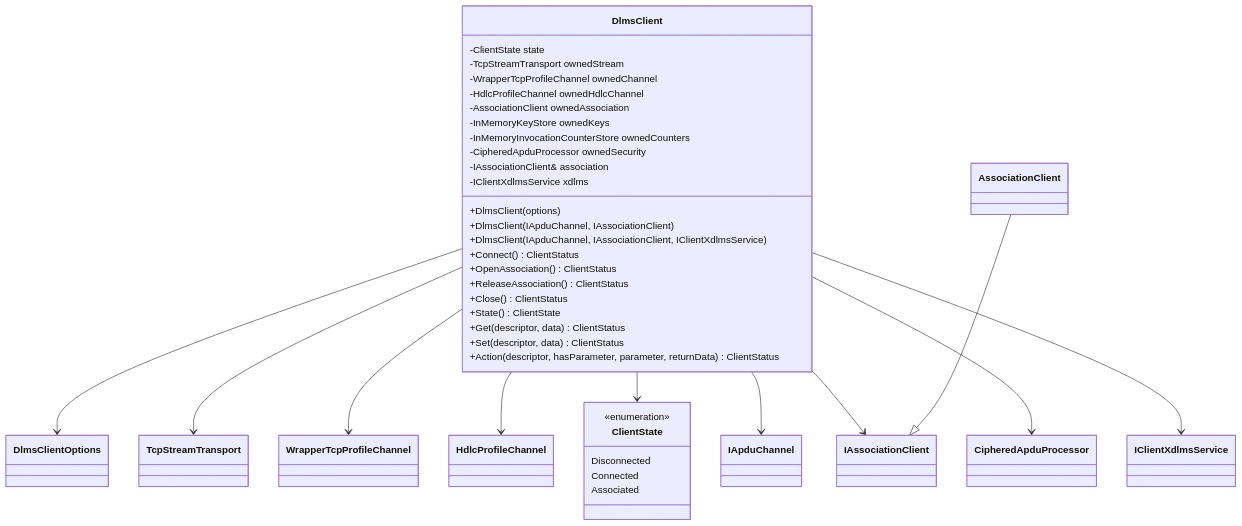
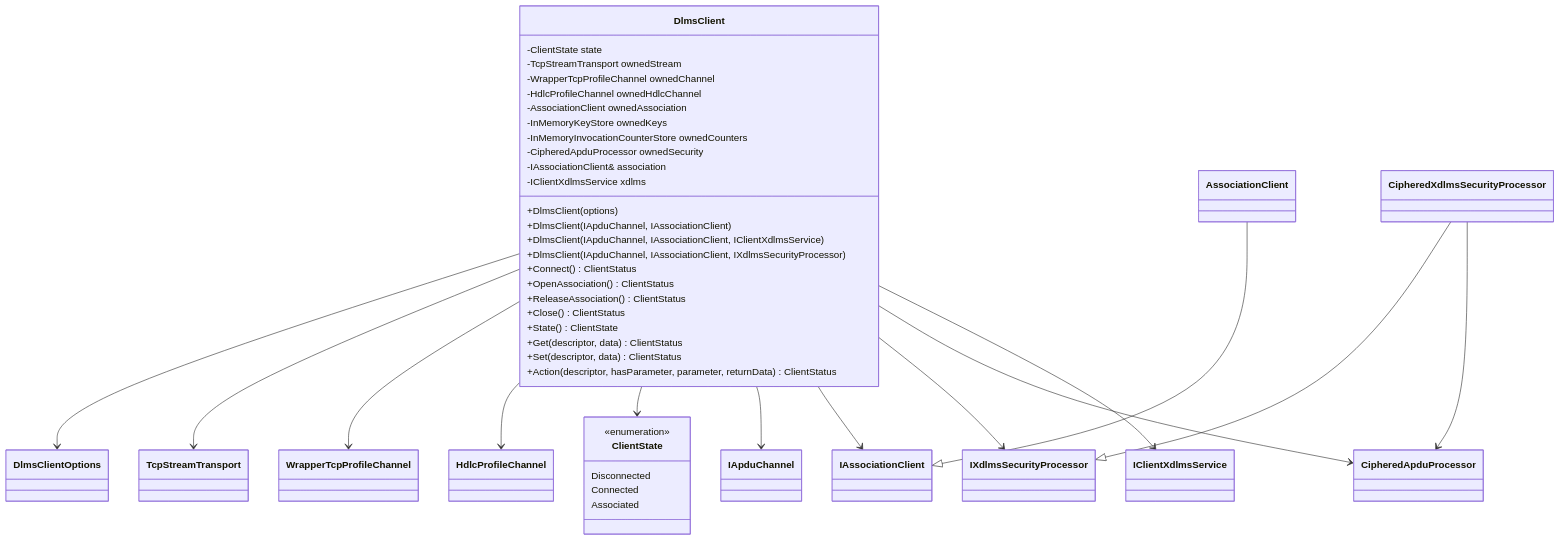
The third of 8 diagrams in lib/dlms-client/docs/02_client_architecture.md (gvtret/dlms), drawn with Mermaid before and after one commit. The commit also changed other lines of this file and 6 other files, not shown here.

First line of the commit message:
feat: allow client abstract security processor

````diff
--- a/lib/dlms-client/docs/02_client_architecture.md
+++ b/lib/dlms-client/docs/02_client_architecture.md
@@ -71,54 +73,60 @@
 ```mermaid
 classDiagram
   class DlmsClient {
     -ClientState state
     -TcpStreamTransport ownedStream
     -WrapperTcpProfileChannel ownedChannel
     -HdlcProfileChannel ownedHdlcChannel
     -AssociationClient ownedAssociation
     -InMemoryKeyStore ownedKeys
     -InMemoryInvocationCounterStore ownedCounters
     -CipheredApduProcessor ownedSecurity
     -IAssociationClient& association
     -IClientXdlmsService xdlms
     +DlmsClient(options)
     +DlmsClient(IApduChannel, IAssociationClient)
     +DlmsClient(IApduChannel, IAssociationClient, IClientXdlmsService)
+    +DlmsClient(IApduChannel, IAssociationClient, IXdlmsSecurityProcessor)
     +Connect() ClientStatus
     +OpenAssociation() ClientStatus
     +ReleaseAssociation() ClientStatus
     +Close() ClientStatus
     +State() ClientState
     +Get(descriptor, data) ClientStatus
     +Set(descriptor, data) ClientStatus
     +Action(descriptor, hasParameter, parameter, returnData) ClientStatus
   }
 
   class ClientState {
     <<enumeration>>
     Disconnected
     Connected
     Associated
   }
 
   class DlmsClientOptions
   class TcpStreamTransport
   class WrapperTcpProfileChannel
   class HdlcProfileChannel
   class IApduChannel
   class IAssociationClient
   class AssociationClient
+  class IXdlmsSecurityProcessor
+  class CipheredXdlmsSecurityProcessor
   class CipheredApduProcessor
   class IClientXdlmsService
 
   DlmsClient --> DlmsClientOptions
   DlmsClient --> TcpStreamTransport
   DlmsClient --> WrapperTcpProfileChannel
   DlmsClient --> HdlcProfileChannel
   DlmsClient --> ClientState
   DlmsClient --> IApduChannel
   DlmsClient --> IAssociationClient
   AssociationClient --|> IAssociationClient
+  DlmsClient --> IXdlmsSecurityProcessor
+  CipheredXdlmsSecurityProcessor --|> IXdlmsSecurityProcessor
+  CipheredXdlmsSecurityProcessor --> CipheredApduProcessor
   DlmsClient --> CipheredApduProcessor
   DlmsClient --> IClientXdlmsService
 ```
````
